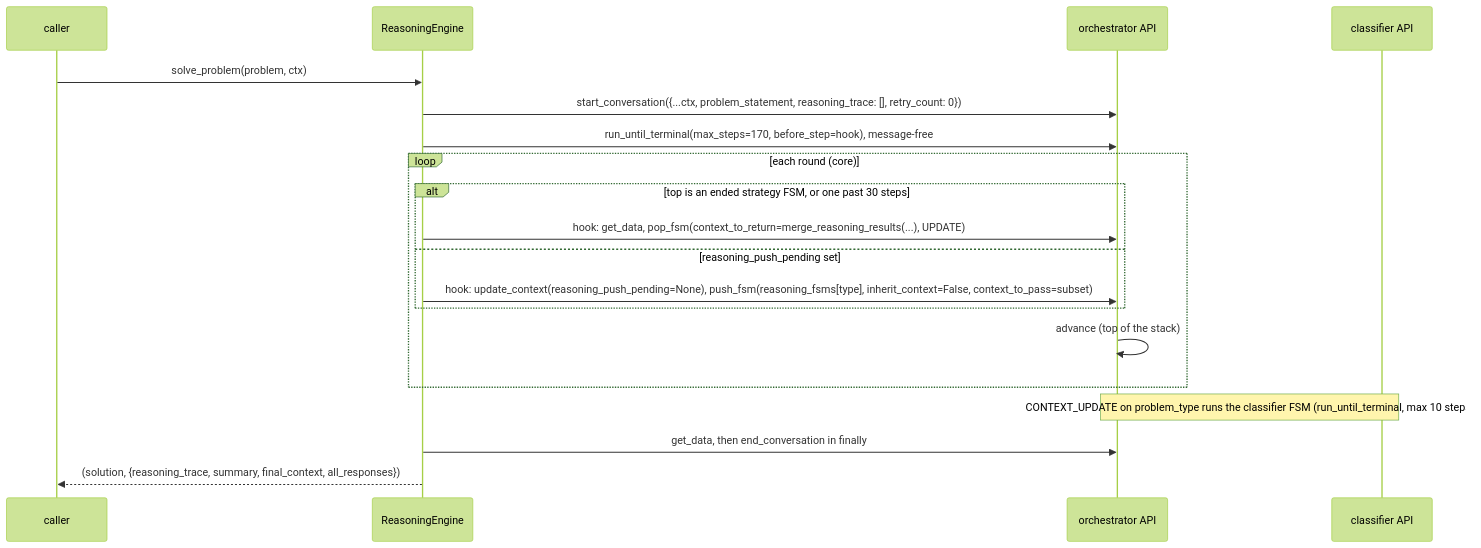
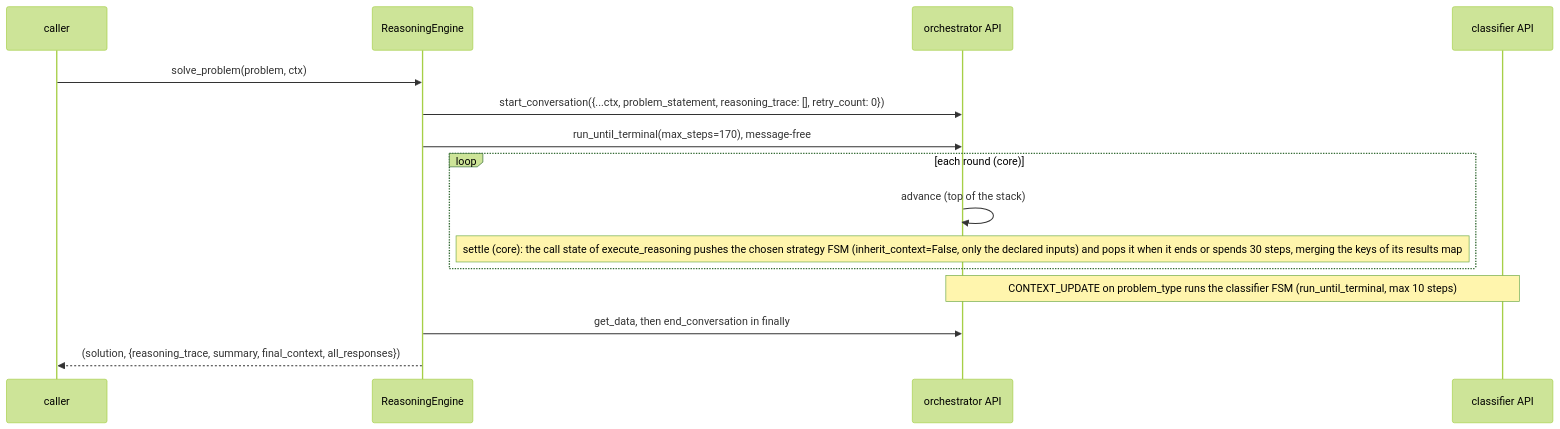
Before and after one commit to NikolasMarkou/fsm_llm: the diagram in src/fsm_llm/reasoning/AGENTS.md, drawn with Mermaid (forest theme). The commit also changed other lines of this file and 31 other files, not shown here.

First line of the commit message:
[plan-2026-11-23-baa37f40/iter-1/step-15.1] feat(reasoning): the orchestrator pushes its strategy through a call state with choose; _StrategyStack and its constants deleted (D-031)

````diff
--- a/src/fsm_llm/reasoning/AGENTS.md
+++ b/src/fsm_llm/reasoning/AGENTS.md
@@ -14,21 +14,17 @@
 ```mermaid
 sequenceDiagram
     participant C as caller
     participant E as ReasoningEngine
     participant O as orchestrator API
     participant K as classifier API
     C->>E: solve_problem(problem, ctx)
     E->>O: start_conversation({...ctx, problem_statement, reasoning_trace: [], retry_count: 0})
-    E->>O: run_until_terminal(max_steps=170, before_step=hook), message-free
+    E->>O: run_until_terminal(max_steps=170), message-free
     loop each round (core)
-        alt top is an ended strategy FSM, or one past 30 steps
-            E->>O: hook: get_data, pop_fsm(context_to_return=merge_reasoning_results(...), UPDATE)
-        else reasoning_push_pending set
-            E->>O: hook: update_context(reasoning_push_pending=None), push_fsm(reasoning_fsms[type], inherit_context=False, context_to_pass=subset)
-        end
         O->>O: advance (top of the stack)
+        Note over O: settle (core): the call state of execute_reasoning pushes the chosen strategy FSM (inherit_context=False, only the declared inputs) and pops it when it ends or spends 30 steps, merging the keys of its results map
     end
     Note over O,K: CONTEXT_UPDATE on problem_type runs the classifier FSM (run_until_terminal, max 10 steps)
     E->>O: get_data, then end_conversation in finally
     E-->>C: (solution, {reasoning_trace, summary, final_context, all_responses})
 ```
````
